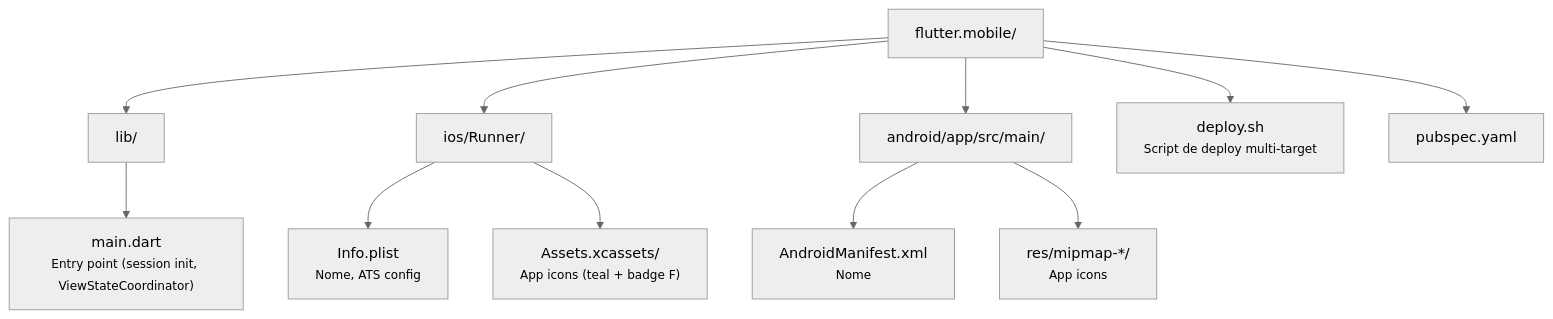
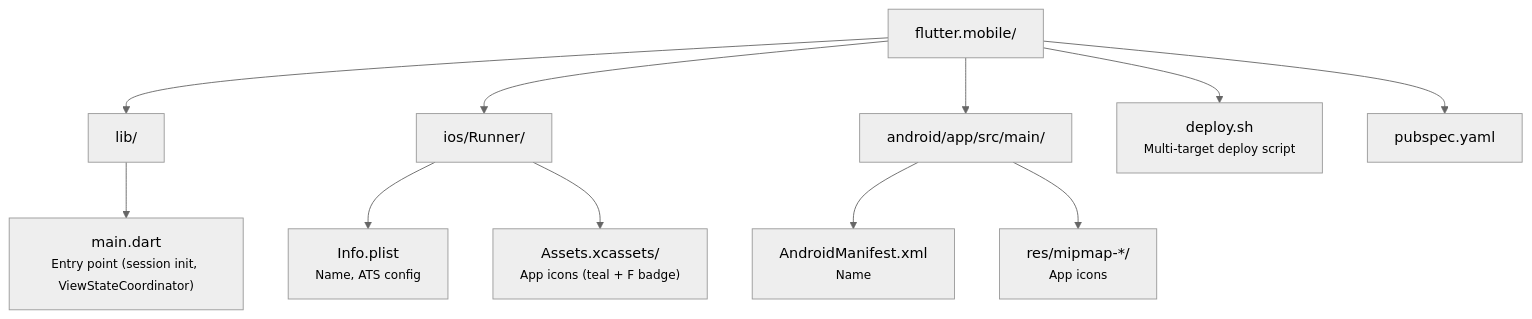
One commit to mrcdom/wdc-cube-java-v2 changed the diagram in fontes/br.com.wdc.shopping/br.com.wdc.shopping.view.remote/remote.shell.flutter/flutter.mobile/README.md. Above: the diagram before and after it, drawn with Mermaid (neutral theme). The commit also changed other lines of this file and 69 other files, not shown here.

````diff
--- a/fontes/br.com.wdc.shopping/br.com.wdc.shopping.view.remote/remote.shell.flutter/flutter.mobile/README.md
+++ b/fontes/br.com.wdc.shopping/br.com.wdc.shopping.view.remote/remote.shell.flutter/flutter.mobile/README.md
@@ -59,25 +59,25 @@
 ```mermaid
 graph TD
     root["flutter.mobile/"]
     lib["lib/"]
     main["main.dart<br/><small>Entry point (session init, ViewStateCoordinator)</small>"]
     ios["ios/Runner/"]
-    infoPlist["Info.plist<br/><small>Nome, ATS config</small>"]
-    assets["Assets.xcassets/<br/><small>App icons (teal + badge F)</small>"]
+    infoPlist["Info.plist<br/><small>Name, ATS config</small>"]
+    assets["Assets.xcassets/<br/><small>App icons (teal + F badge)</small>"]
     android["android/app/src/main/"]
-    manifest["AndroidManifest.xml<br/><small>Nome</small>"]
+    manifest["AndroidManifest.xml<br/><small>Name</small>"]
     res["res/mipmap-*/<br/><small>App icons</small>"]
-    deploy["deploy.sh<br/><small>Script de deploy multi-target</small>"]
+    deploy["deploy.sh<br/><small>Multi-target deploy script</small>"]
     pubspec["pubspec.yaml"]
 
     root --> lib
     root --> ios
     root --> android
     root --> deploy
     root --> pubspec
     lib --> main
     ios --> infoPlist
     ios --> assets
     android --> manifest
     android --> res
 ```
````
